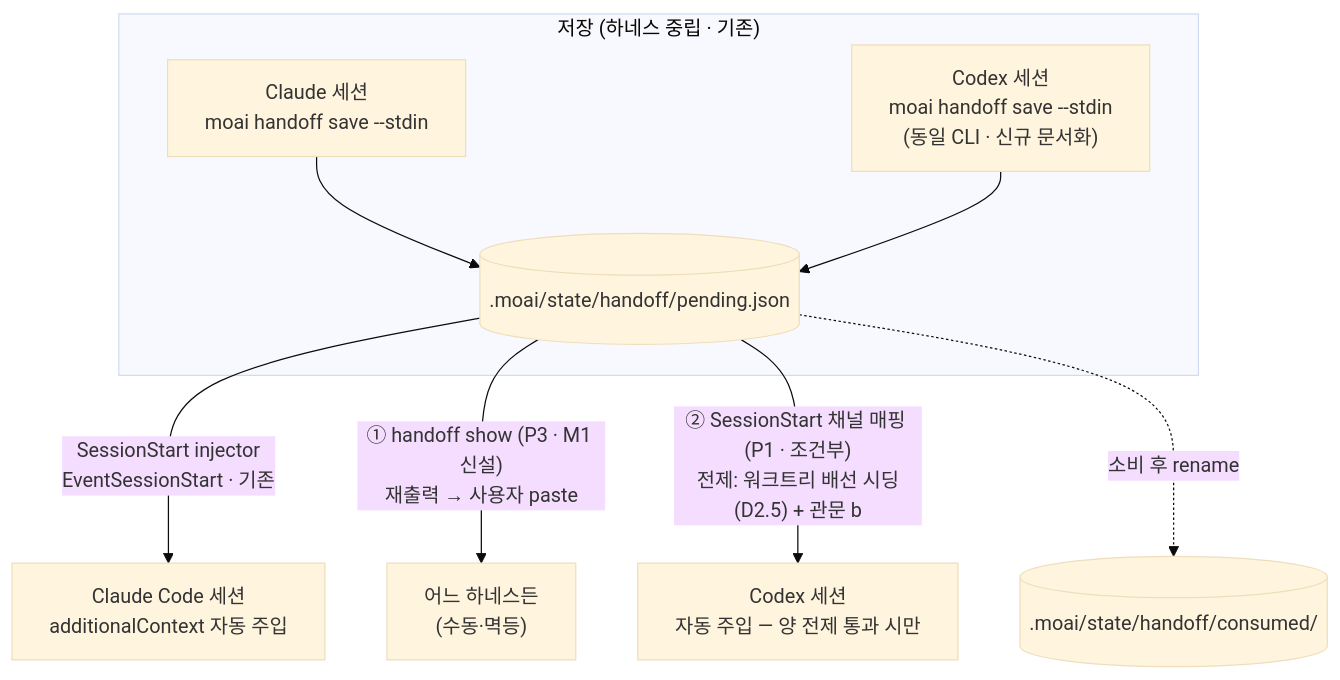
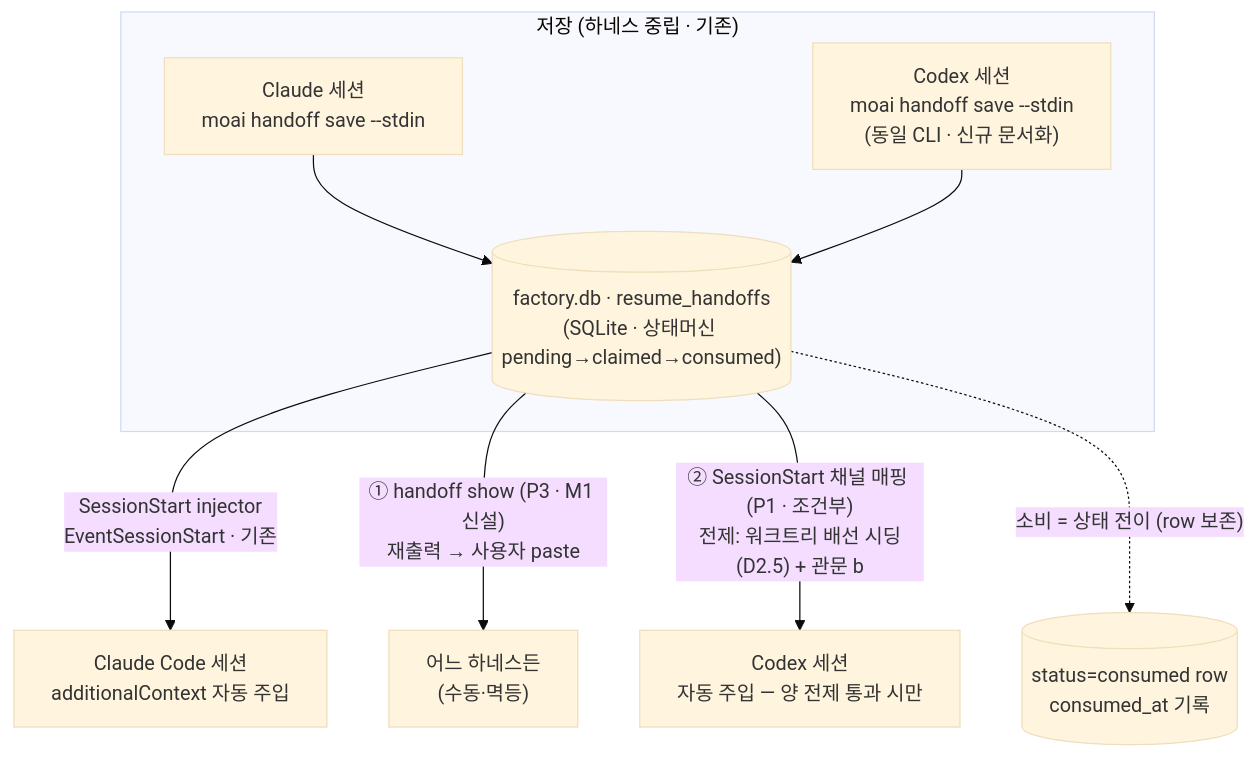
One commit to modu-ai/moai-adk changed the diagram in .moai/specs/SPEC-HANDOFF-NEUTRAL-001/design.md. Above: the diagram before and after it, drawn with Mermaid (base theme). The commit also changed other lines of this file and 5 other files, not shown here.

````diff
--- a/.moai/specs/SPEC-HANDOFF-NEUTRAL-001/design.md
+++ b/.moai/specs/SPEC-HANDOFF-NEUTRAL-001/design.md
@@ -13,11 +13,11 @@
 ```mermaid
 flowchart TD
     subgraph store["저장 (하네스 중립 · 기존)"]
-        A["Claude 세션<br/>moai handoff save --stdin"] --> P[(".moai/state/handoff/pending.json")]
+        A["Claude 세션<br/>moai handoff save --stdin"] --> P[("factory.db · resume_handoffs<br/>(SQLite · 상태머신 pending→claimed→consumed)")]
         B["Codex 세션<br/>moai handoff save --stdin<br/>(동일 CLI · 신규 문서화)"] --> P
     end
     P -->|SessionStart injector<br/>EventSessionStart · 기존| C["Claude Code 세션<br/>additionalContext 자동 주입"]
     P -->|"① handoff show (P3 · M1 신설)<br/>재출력 → 사용자 paste"| D["어느 하네스든<br/>(수동·멱등)"]
     P -->|"② SessionStart 채널 매핑 (P1 · 조건부)<br/>전제: 워크트리 배선 시딩(D2.5) + 관문 b"| E["Codex 세션<br/>자동 주입 — 양 전제 통과 시만"]
-    P -.->|"소비 후 rename"| F[(".moai/state/handoff/consumed/")]
+    P -.->|"소비 = 상태 전이 (row 보존)"| F[("status=consumed row<br/>consumed_at 기록")]
 ```
````
